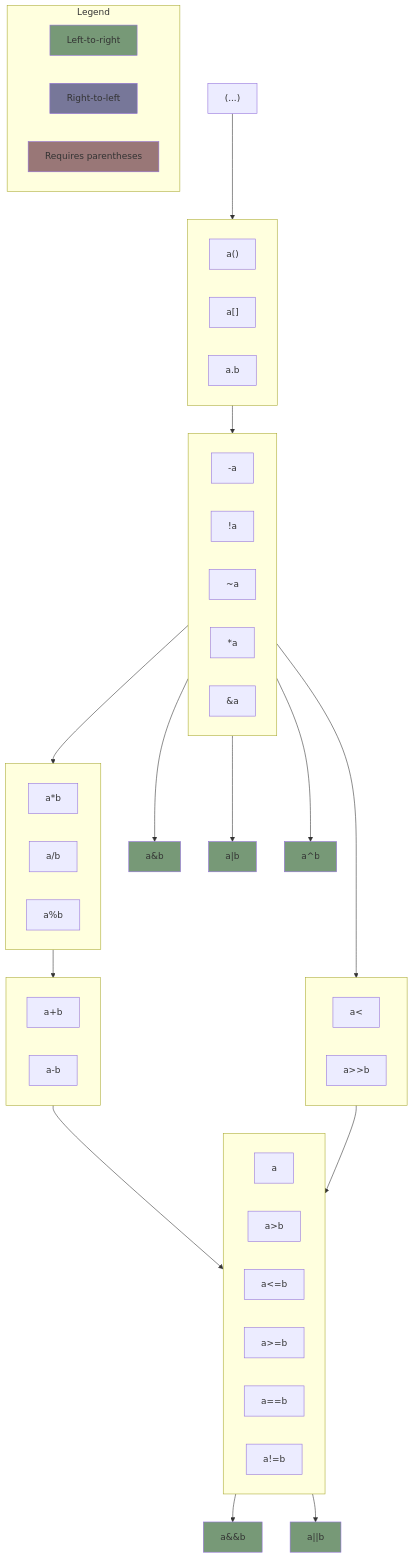
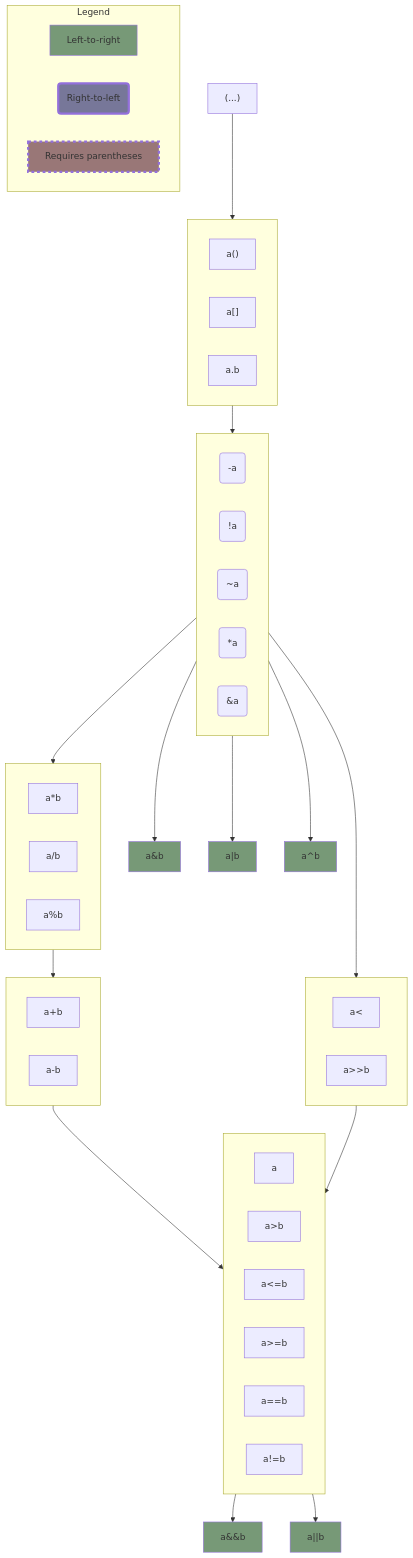
One commit to gpuweb/gpuweb changed the diagram in wgsl/diagrams/operators_1.mmd. Above: the diagram before and after it, drawn with Mermaid. The commit also changed 2 other files, not shown here.

```diff
--- a/wgsl/diagrams/operators_1.mmd
+++ b/wgsl/diagrams/operators_1.mmd
@@ -1,61 +1,61 @@
 flowchart TD
     classDef ltrGraph fill:#797;
-    classDef rtlGraph fill:#779;
-    classDef noneGraph fill:#977;
+    classDef rtlGraph fill:#779,stroke-width:4px;
+    classDef noneGraph fill:#977,stroke-width:4px,stroke-dasharray: 5 5;
     subgraph legend["Legend"]
     legend0["Left-to-right"]:::ltrGraph
-    legend1["Right-to-left"]:::rtlGraph
+    legend1("Right-to-left"):::rtlGraph
     legend2["Requires parentheses"]:::noneGraph
     end
     A["(...)"]
     subgraph primary[" "]
     primary0["a()"]
     primary1["a[]"]
     primary2["a.b"]
     end
     subgraph unary[" "]
-    unary0["-a"]
-    unary1["!a"]
-    unary2["~a"]
-    unary3["*a"]
-    unary4["&a"]
+    unary0("-a")
+    unary1("!a")
+    unary2("~a")
+    unary3("*a")
+    unary4("&a")
     end
     subgraph multiplicative[" "]
     multiplicative0["a*b"]
     multiplicative1["a/b"]
     multiplicative2["a%b"]
     end
     subgraph additive[" "]
     additive0["a+b"]
     additive1["a-b"]
     end
     subgraph shift[" "]
     shift0["a<<b"]
     shift1["a>>b"]
     end
     subgraph relational[" "]
     relational0["a<b"]
     relational1["a>b"]
     relational2["a<=b"]
     relational3["a>=b"]
     relational4["a==b"]
     relational5["a!=b"]
     end
     class primary ltrGraph;
     class unary rtlGraph;
     class multiplicative ltrGraph;
     class additive ltrGraph;
     class shift noneGraph;
     class relational noneGraph;
     A-->primary
     primary-->unary
     unary-->multiplicative
     unary-->shift
     unary-->binary0["a&b"]:::ltrGraph;
     unary-->binary1["a|b"]:::ltrGraph;
     unary-->binary2["a^b"]:::ltrGraph;
     multiplicative-->additive
     additive-->relational
     shift-->relational
     relational-->shortcircuit0["a&&b"]:::ltrGraph;
     relational-->shortcircuit1["a||b"]:::ltrGraph;
```
